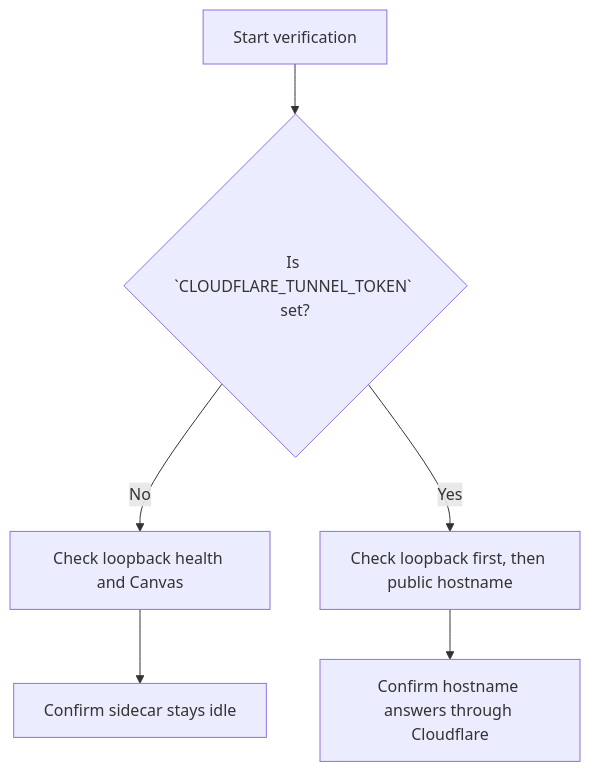
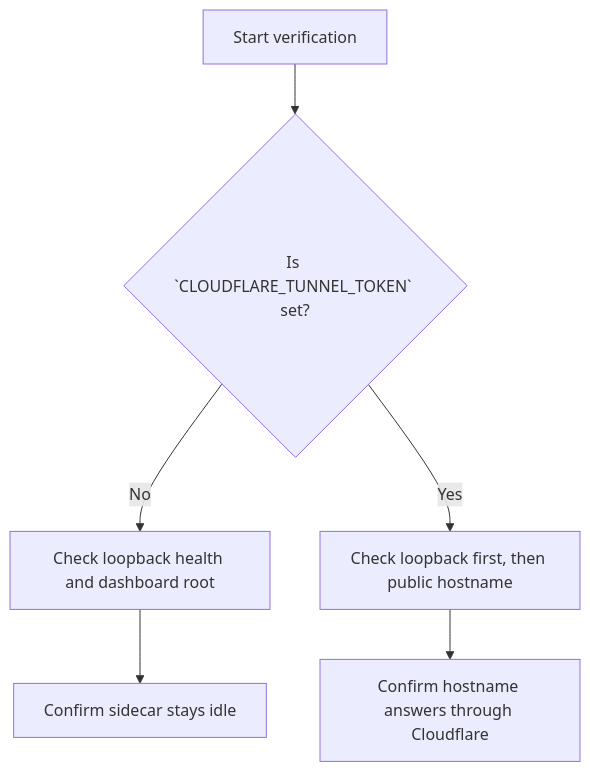
Before and after one commit to borealBytes/my-farm-advisor: the third of 3 diagrams in docs/install/cloudflare-coolify.md, drawn with Mermaid. The commit also changed other lines of this file and 27 other files, not shown here.

Commit message:
feat(auth): enable cloudflare access dashboard flow

````diff
--- a/docs/install/cloudflare-coolify.md
+++ b/docs/install/cloudflare-coolify.md
@@ -216,13 +235,13 @@
 ```mermaid
 flowchart TD
     Start[Start verification]
     Decision{Is `CLOUDFLARE_TUNNEL_TOKEN` set?}
-    Private[Check loopback health and Canvas]
+    Private[Check loopback health and dashboard root]
     Idle[Confirm sidecar stays idle]
     Tunnel[Check loopback first, then public hostname]
     Public[Confirm hostname answers through Cloudflare]
 
     Start --> Decision
     Decision -->|No| Private --> Idle
     Decision -->|Yes| Tunnel --> Public
 ```
````
